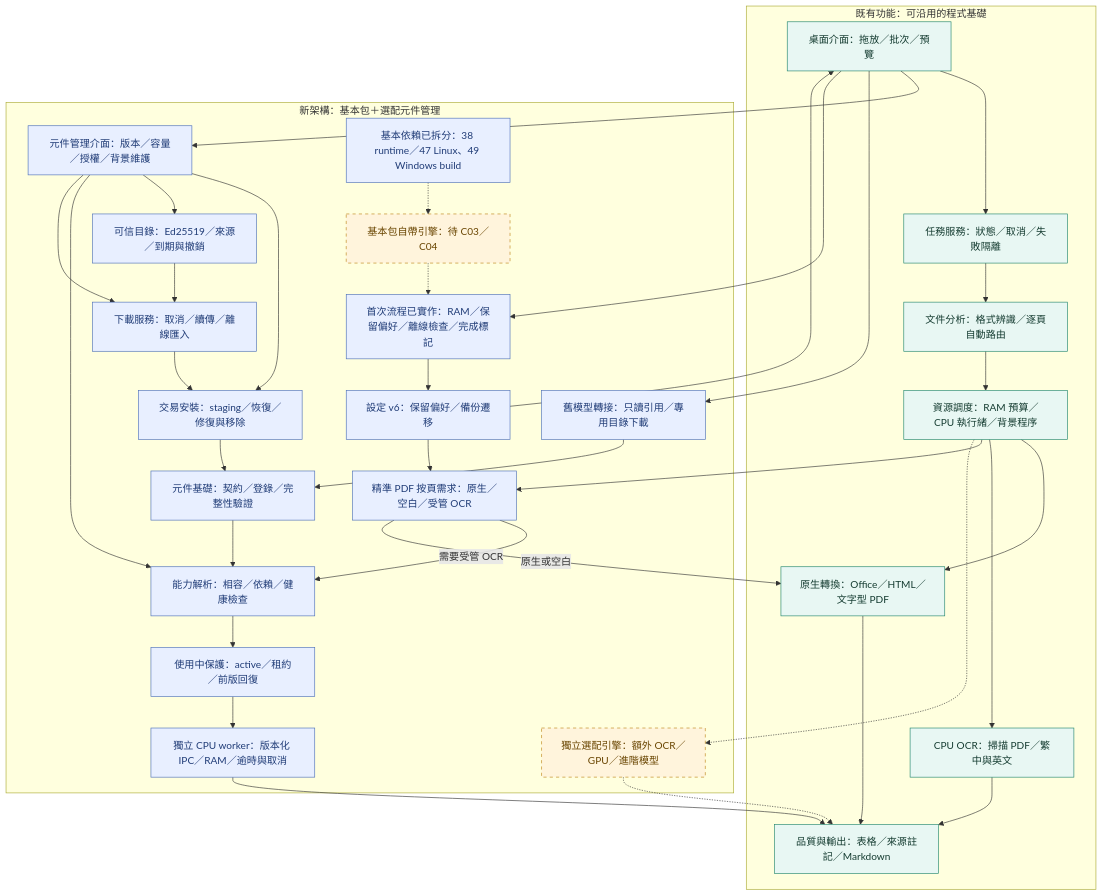
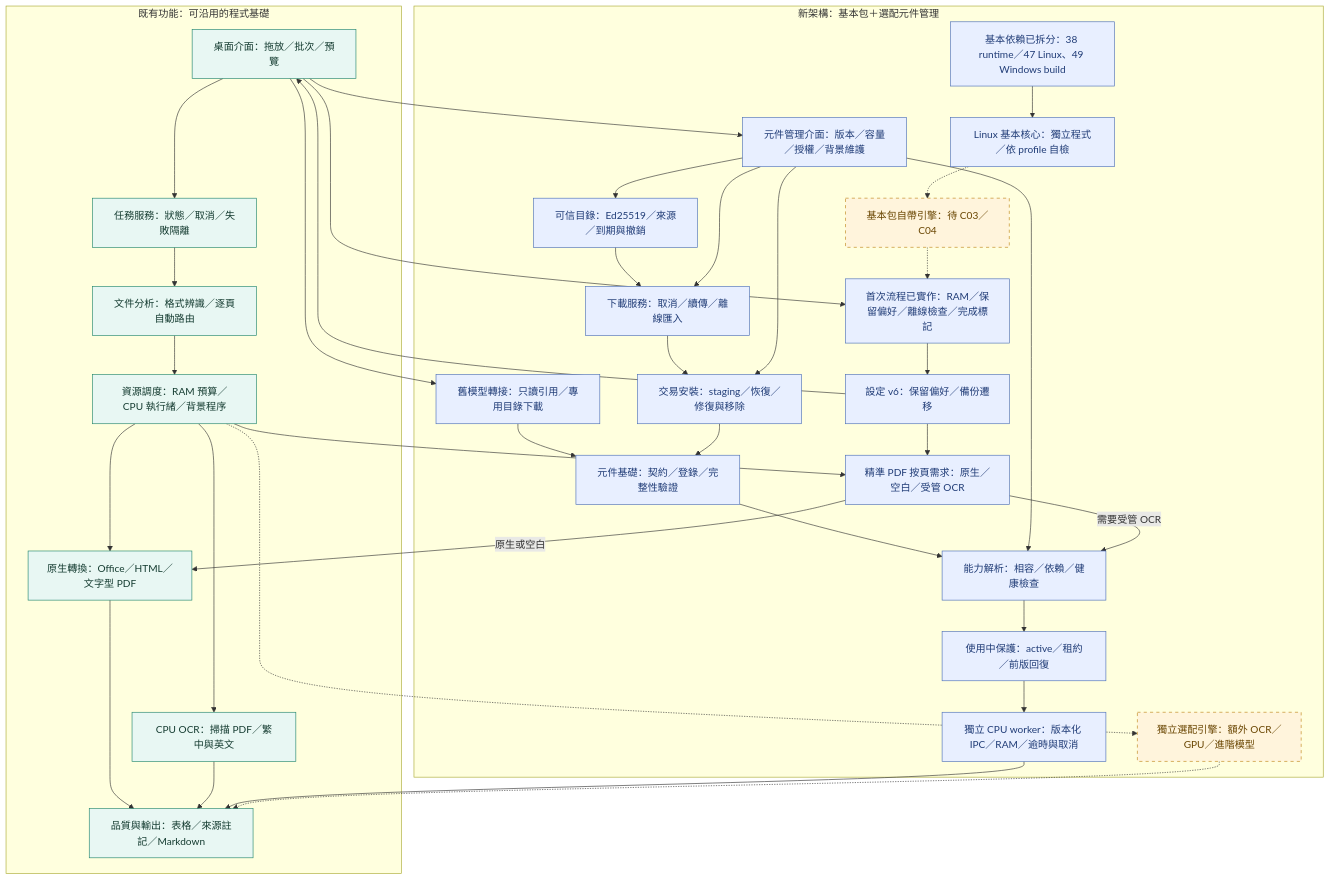
The diagram in README.md (ChouTa-chuan/MarkItDown-exe), drawn with Mermaid before and after one commit. The commit also changed other lines of this file and 608 other files, not shown here.

````diff
--- a/README.md
+++ b/README.md
@@ -21,56 +21,58 @@
 ```mermaid
 flowchart TD
     subgraph Existing["既有功能：可沿用的程式基礎"]
         UI["桌面介面：拖放／批次／預覽"] --> APP["任務服務：狀態／取消／失敗隔離"]
         APP --> PLAN["文件分析：格式辨識／逐頁自動路由"]
         PLAN --> RES["資源調度：RAM 預算／CPU 執行緒／背景程序"]
         RES --> NATIVE["原生轉換：Office／HTML／文字型 PDF"]
         RES --> OCR["CPU OCR：掃描 PDF／繁中與英文"]
         NATIVE --> QUALITY["品質與輸出：表格／來源註記／Markdown"]
         OCR --> QUALITY
     end
     subgraph Planned["新架構：基本包＋選配元件管理"]
         COMPONENTUI["元件管理介面：版本／容量／授權／背景維護"]
         FIRST["基本包自帶引擎：待 C03／C04"]
         PROFILE["基本依賴已拆分：38 runtime／47 Linux、49 Windows build"]
+        PROFILEBUILD["Linux 基本核心：獨立程式／依 profile 自檢"]
         FIRSTFLOW["首次流程已實作：RAM／保留偏好／離線檢查／完成標記"]
         COMPONENTS["元件基礎：契約／登錄／完整性驗證"]
         CAPABILITY["能力解析：相容／依賴／健康檢查"]
         ROUTE["精準 PDF 按頁需求：原生／空白／受管 OCR"]
         CPUWORKER["獨立 CPU worker：版本化 IPC／RAM／逾時與取消"]
         OPTIONAL["獨立選配引擎：額外 OCR／GPU／進階模型"]
         COMPONENTS --> CAPABILITY
         LEGACY["舊模型轉接：只讀引用／專用目錄下載"]
         PREFS["設定 v6：保留偏好／備份遷移"]
         LEGACY --> COMPONENTS
         CATALOG["可信目錄：Ed25519／來源／到期與撤銷"] --> DOWNLOAD["下載服務：取消／續傳／離線匯入"]
         DOWNLOAD --> INSTALL["交易安裝：staging／恢復／修復與移除"]
         INSTALL --> COMPONENTS
         CAPABILITY --> LEASE["使用中保護：active／租約／前版回復"]
     end
     UI --> COMPONENTUI
     COMPONENTUI --> INSTALL
     COMPONENTUI --> CATALOG
     COMPONENTUI --> CAPABILITY
     LEASE --> CPUWORKER
     CPUWORKER --> QUALITY
     RES --> ROUTE
     ROUTE -->|需要受管 OCR| CAPABILITY
     ROUTE -->|原生或空白| NATIVE
     COMPONENTUI --> DOWNLOAD
     UI --> LEGACY
     PREFS --> UI
     UI --> FIRSTFLOW
     FIRSTFLOW --> PREFS
-    PROFILE -.-> FIRST
+    PROFILE --> PROFILEBUILD
+    PROFILEBUILD -.-> FIRST
     FIRST -.-> FIRSTFLOW
     PREFS --> ROUTE
     RES -.-> OPTIONAL
     OPTIONAL -.-> QUALITY
     classDef existing fill:#e8f7f3,stroke:#21856d,color:#153c31;
     classDef foundation fill:#e8efff,stroke:#4c6fb8,color:#203c77;
-    class COMPONENTS,CAPABILITY,LEGACY,PREFS,CATALOG,DOWNLOAD,INSTALL,LEASE,CPUWORKER,COMPONENTUI,FIRSTFLOW,ROUTE,PROFILE foundation;
+    class COMPONENTS,CAPABILITY,LEGACY,PREFS,CATALOG,DOWNLOAD,INSTALL,LEASE,CPUWORKER,COMPONENTUI,FIRSTFLOW,ROUTE,PROFILE,PROFILEBUILD foundation;
     classDef planned fill:#fff4dc,stroke:#be8519,color:#694500,stroke-dasharray:5 5;
     class UI,APP,PLAN,RES,NATIVE,OCR,QUALITY existing;
     class FIRST,OPTIONAL planned;
 ```
````
